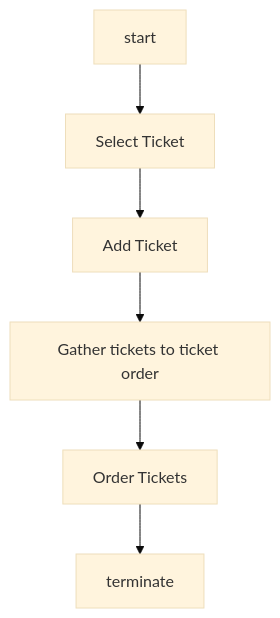
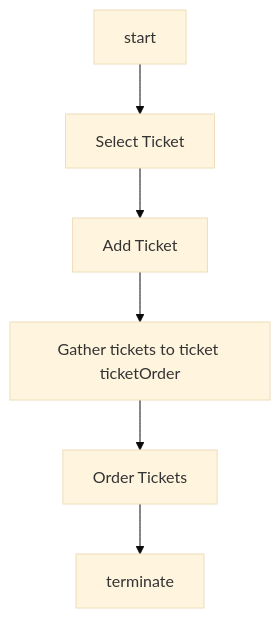
The diagram in flow_chart.mermaid (SY97P/Theatre_Manager_SpringBoot), drawn with Mermaid (base theme) before and after one commit. The commit also changed 72 other files, not shown here.

Commit message:
feat: TicketOrder 구조 변경

```diff
--- a/flow_chart.mermaid
+++ b/flow_chart.mermaid
@@ -1,6 +1,6 @@
 flowchart TD
     start --> selectTicket[Select Ticket]
     selectTicket --> addTicket[Add Ticket]
-    addTicket --> gatherTicketOrder[Gather tickets to ticket order]
-    gatherTicketOrder --> order[Order Tickets]
-    order --> terminate
+    addTicket --> gatherTicketOrder[Gather tickets to ticket ticketOrder]
+    gatherTicketOrder --> ticketOrder[Order Tickets]
+    ticketOrder --> terminate
```
